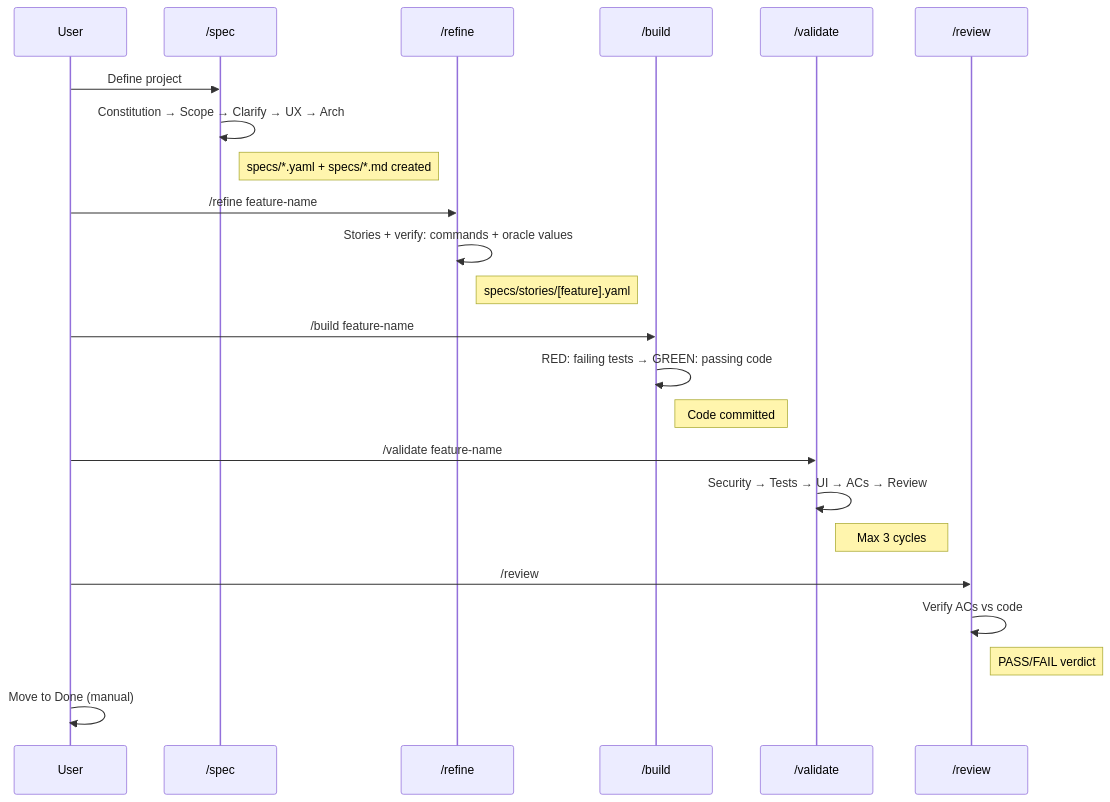
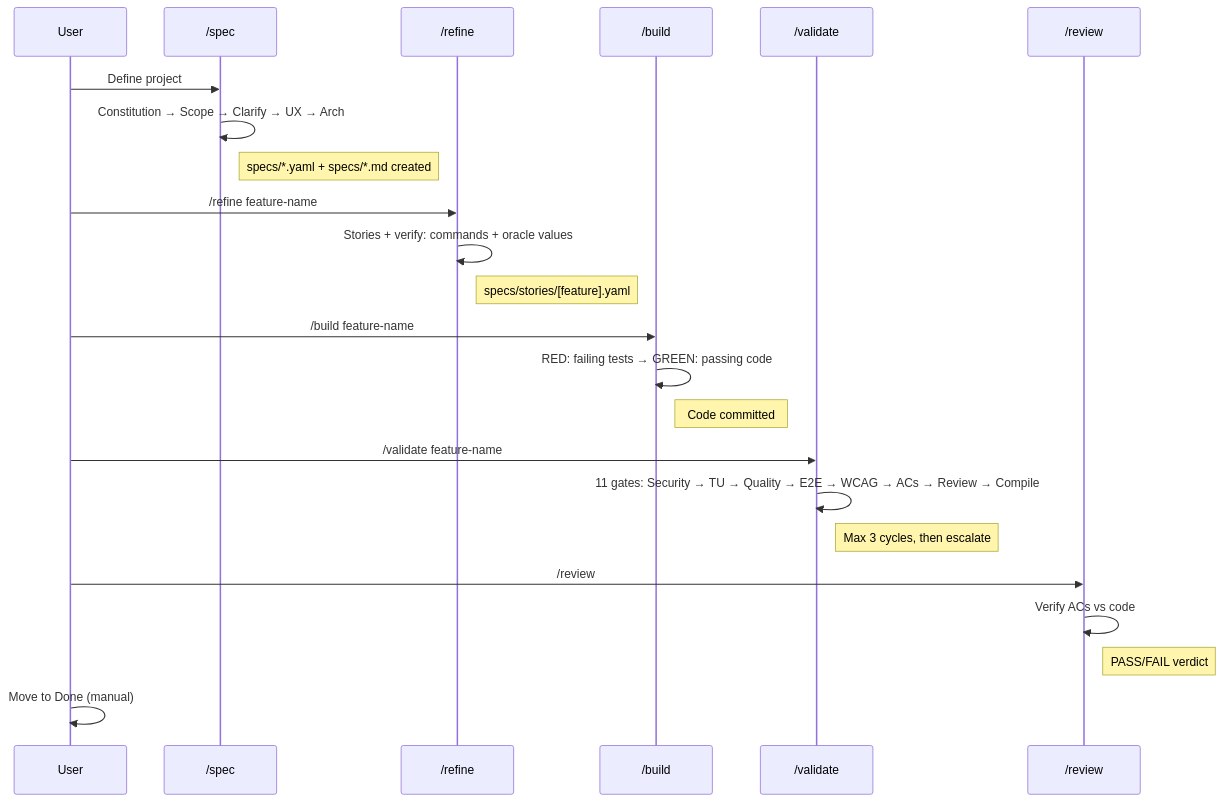
One commit to tipyaf/ai-spec-driven-generator changed the sixth of 6 diagrams in _docs/process.md. Above: the diagram before and after it, drawn with Mermaid. The commit also changed other lines of this file and 27 other files, not shown here.

First line of the commit message:
feat: v4.1.0 — 11 quality gates, wireframe HTML gate, atomic commits, TDD RED/GREEN pipeline

````diff
--- a/_docs/process.md
+++ b/_docs/process.md
@@ -221,31 +237,31 @@
 ```mermaid
 sequenceDiagram
     participant User
     participant Spec as /spec
     participant Ref as /refine
     participant Build as /build
     participant Val as /validate
     participant Rev as /review
 
     User->>Spec: Define project
     Spec->>Spec: Constitution → Scope → Clarify → UX → Arch
     Note right of Spec: specs/*.yaml + specs/*.md created
 
     User->>Ref: /refine feature-name
     Ref->>Ref: Stories + verify: commands + oracle values
     Note right of Ref: specs/stories/[feature].yaml
 
     User->>Build: /build feature-name
     Build->>Build: RED: failing tests → GREEN: passing code
     Note right of Build: Code committed
 
     User->>Val: /validate feature-name
-    Val->>Val: Security → Tests → UI → ACs → Review
-    Note right of Val: Max 3 cycles
+    Val->>Val: 11 gates: Security → TU → Quality → E2E → WCAG → ACs → Review → Compile
+    Note right of Val: Max 3 cycles, then escalate
 
     User->>Rev: /review
     Rev->>Rev: Verify ACs vs code
     Note right of Rev: PASS/FAIL verdict
 
     User->>User: Move to Done (manual)
 ```
````
